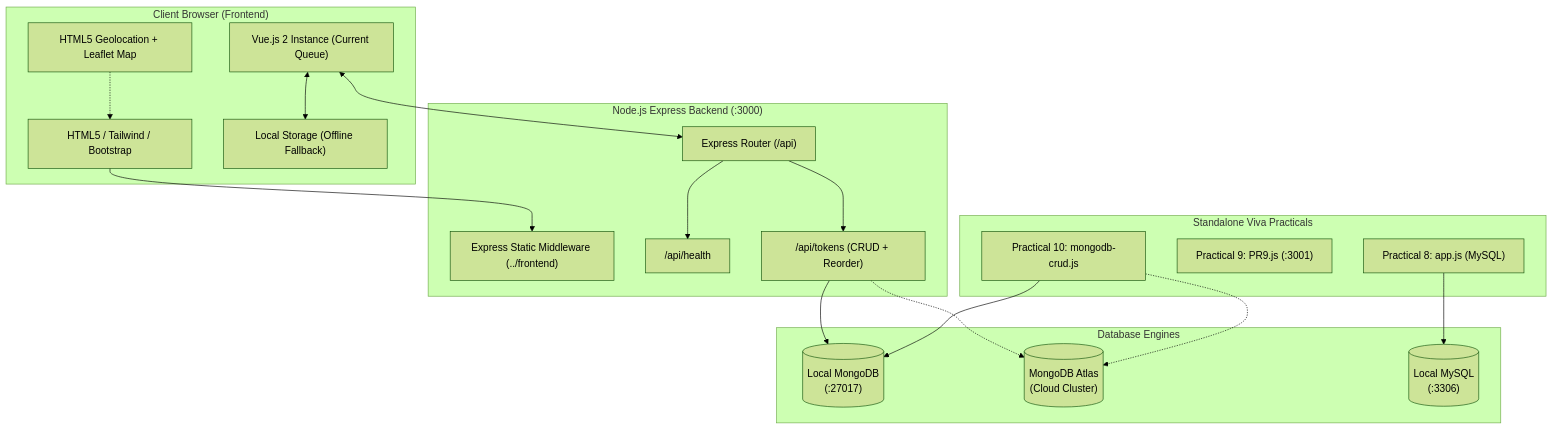
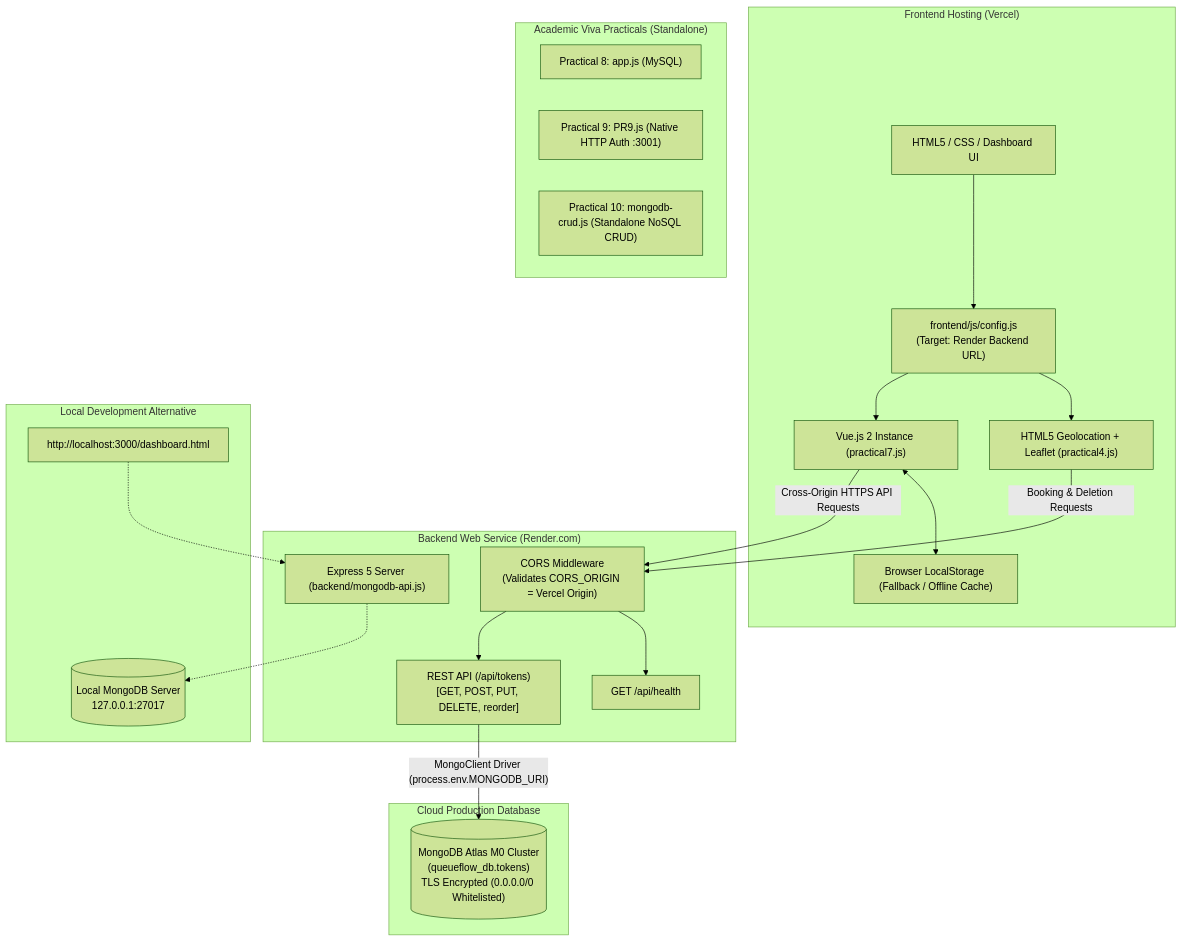
The diagram in README.md (kotechameet485-droid/queueflow), drawn with Mermaid (forest theme) before and after one commit. The commit also changed other lines of this file and 8 other files, not shown here.

````diff
--- a/README.md
+++ b/README.md
@@ -156,40 +157,45 @@
 ```mermaid
 flowchart TD
-    subgraph Client ["Client Browser (Frontend)"]
-        UI["HTML5 / Tailwind / Bootstrap"]
-        VueApp["Vue.js 2 Instance (Current Queue)"]
-        Geo["HTML5 Geolocation + Leaflet Map"]
-        Cache["Local Storage (Offline Fallback)"]
+    subgraph Vercel ["Frontend Hosting (Vercel)"]
+        UI["HTML5 / CSS / Dashboard UI"]
+        Config["frontend/js/config.js\n(Target: Render Backend URL)"]
+        VueApp["Vue.js 2 Instance (practical7.js)"]
+        Geo["HTML5 Geolocation + Leaflet (practical4.js)"]
+        Cache["Browser LocalStorage (Fallback / Offline Cache)"]
     end
 
-    subgraph Backend ["Node.js Express Backend (:3000)"]
-        API["Express Router (/api)"]
-        StaticServer["Express Static Middleware (../frontend)"]
-        HealthEndpoint["/api/health"]
-        TokenRoutes["/api/tokens (CRUD + Reorder)"]
+    subgraph Render ["Backend Web Service (Render.com)"]
+        Express["Express 5 Server (backend/mongodb-api.js)"]
+        CORS["CORS Middleware\n(Validates CORS_ORIGIN = Vercel Origin)"]
+        HealthEndpoint["GET /api/health"]
+        TokenEndpoints["REST API (/api/tokens)\n[GET, POST, PUT, DELETE, reorder]"]
     end
 
-    subgraph Databases ["Database Engines"]
-        MongoLocal[("Local MongoDB\n(:27017)")]
-        MongoAtlas[("MongoDB Atlas\n(Cloud Cluster)")]
-        MySQLDB[("Local MySQL\n(:3306)")]
+    subgraph DatabaseCloud ["Cloud Production Database"]
+        Atlas[("MongoDB Atlas M0 Cluster\n(queueflow_db.tokens)\nTLS Encrypted (0.0.0.0/0 Whitelisted)")]
     end
 
-    subgraph Standalone ["Standalone Viva Practicals"]
-        P8["Practical 8: app.js (MySQL)"]
-        P9["Practical 9: PR9.js (:3001)"]
-        P10["Practical 10: mongodb-crud.js"]
+    subgraph LocalDev ["Local Development Alternative"]
+        LocalUI["http://localhost:3000/dashboard.html"]
+        LocalMongo[("Local MongoDB Server\n127.0.0.1:27017")]
     end
 
-    UI --> StaticServer
-    VueApp <--> API
-    API --> TokenRoutes
-    API --> HealthEndpoint
-    TokenRoutes --> MongoLocal
-    TokenRoutes -.-> MongoAtlas
-    P8 --> MySQLDB
-    P10 --> MongoLocal
-    P10 -.-> MongoAtlas
+    subgraph Standalone ["Academic Viva Practicals (Standalone)"]
+        P8["Practical 8: app.js (MySQL)"]
+        P9["Practical 9: PR9.js (Native HTTP Auth :3001)"]
+        P10["Practical 10: mongodb-crud.js (Standalone NoSQL CRUD)"]
+    end
+
+    UI --> Config
+    Config --> VueApp
+    Config --> Geo
+    VueApp -- "Cross-Origin HTTPS API Requests" --> CORS
+    Geo -- "Booking & Deletion Requests" --> CORS
+    CORS --> TokenEndpoints
+    CORS --> HealthEndpoint
+    TokenEndpoints -- "MongoClient Driver (process.env.MONGODB_URI)" --> Atlas
     VueApp <--> Cache
-    Geo -.-> UI
+
+    LocalUI -.-> Express
+    Express -.-> LocalMongo
 ```
````
